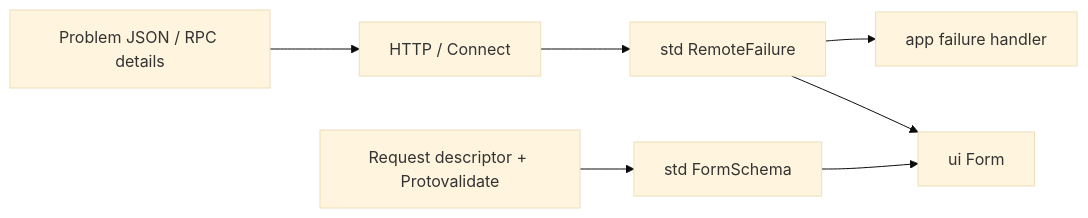
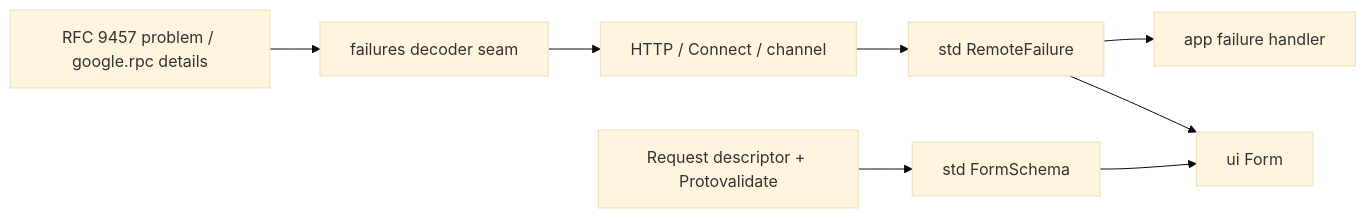
Before and after one commit to kbukum/plainworks: the third of 7 diagrams in docs/architecture.md, drawn with Mermaid (base theme). The commit also changed other lines of this file and 388 other files, not shown here.

First line of the commit message:
feat: adopt standard failures and add flow journey budgets (#81)

````diff
--- a/docs/architecture.md
+++ b/docs/architecture.md
@@ -156,9 +158,10 @@
 ```mermaid
 flowchart LR
-  Wire[Problem JSON / RPC details] --> Transport[HTTP / Connect]
+  Wire[RFC 9457 problem / google.rpc details] --> Decoder[failures decoder seam]
+  Decoder --> Transport[HTTP / Connect / channel]
   Transport --> Failure[std RemoteFailure]
   Failure --> App[app failure handler]
   Failure --> Form[ui Form]
   Descriptor[Request descriptor + Protovalidate] --> Seam[std FormSchema]
   Seam --> Form
 ```
````
